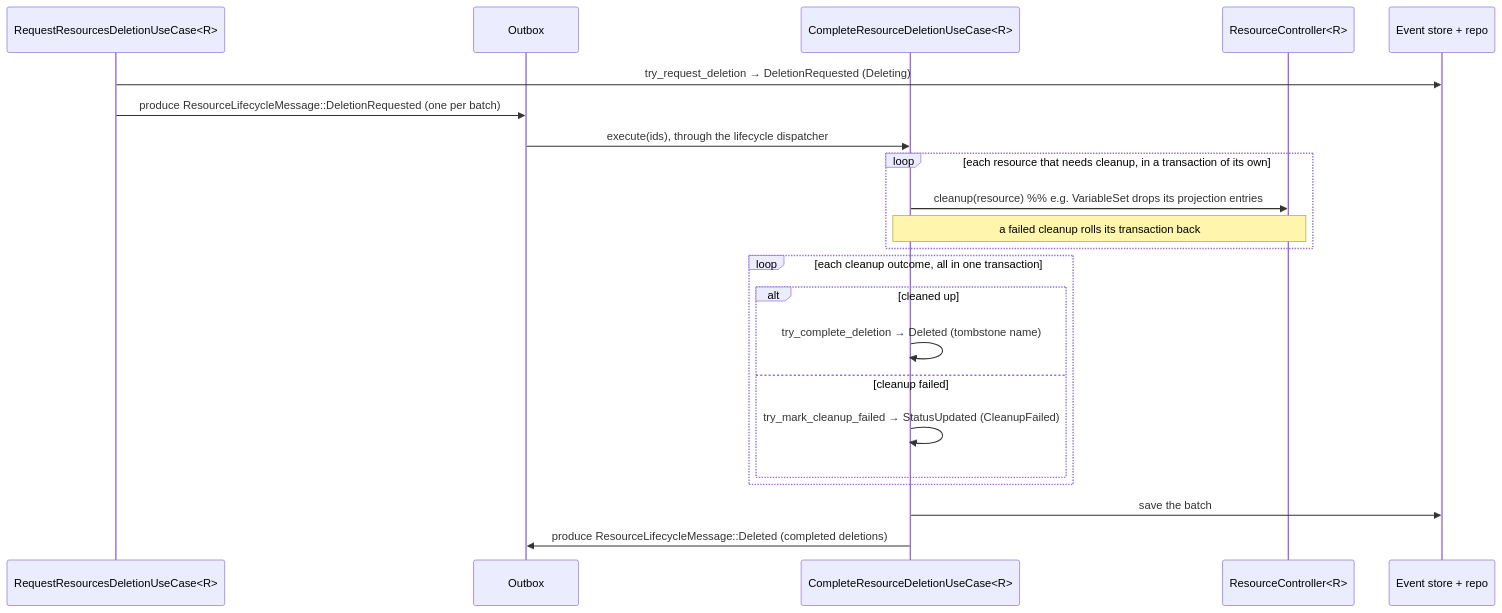
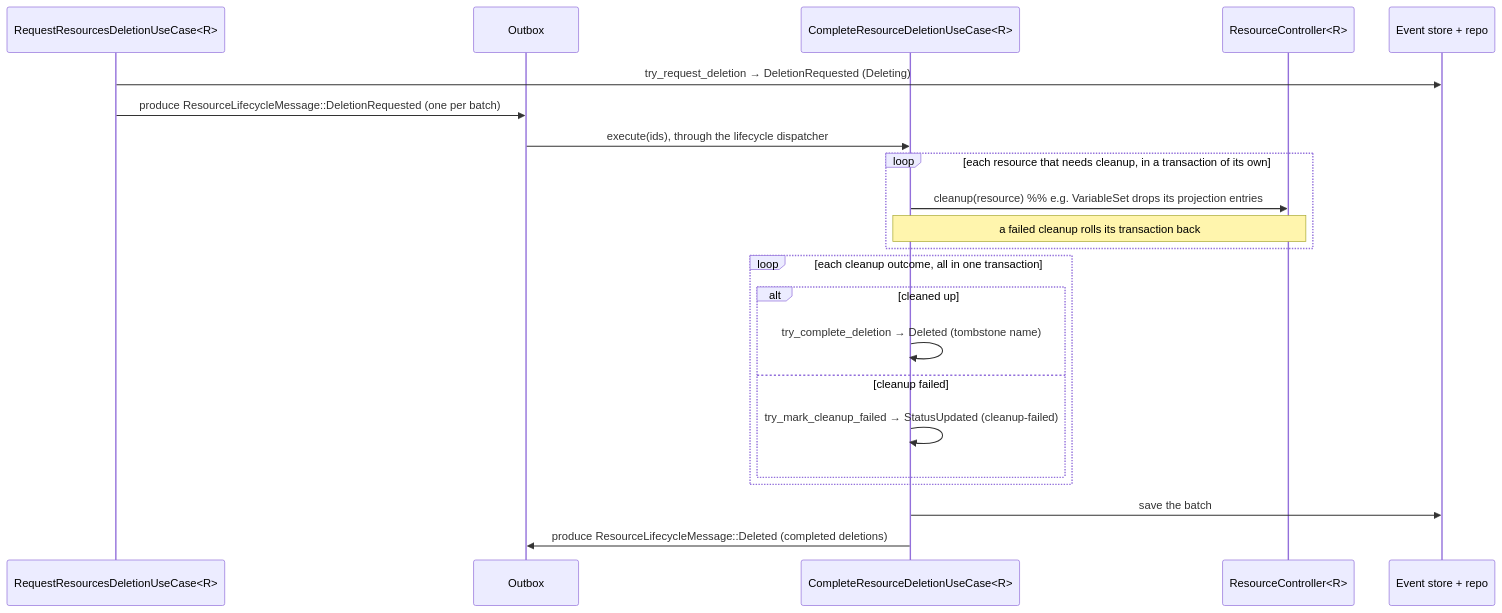
The fourth of 6 diagrams in docs/internal/resources-framework.md (kamu-data/kamu-cli), drawn with Mermaid before and after one commit. The commit also changed other lines of this file and 35 other files, not shown here.

````diff
--- a/docs/internal/resources-framework.md
+++ b/docs/internal/resources-framework.md
@@ -1352,25 +1352,25 @@
 ```mermaid
 sequenceDiagram
     participant RQ as RequestResourcesDeletionUseCase<R>
     participant OB as Outbox
     participant CD as CompleteResourceDeletionUseCase<R>
     participant Ctl as ResourceController<R>
     participant ST as Event store + repo
 
     RQ->>ST: try_request_deletion → DeletionRequested (Deleting)
     RQ->>OB: produce ResourceLifecycleMessage::DeletionRequested (one per batch)
     OB->>CD: execute(ids), through the lifecycle dispatcher
     loop each resource that needs cleanup, in a transaction of its own
         CD->>Ctl: cleanup(resource)  %% e.g. VariableSet drops its projection entries
         Note over CD,Ctl: a failed cleanup rolls its transaction back
     end
     loop each cleanup outcome, all in one transaction
         alt cleaned up
             CD->>CD: try_complete_deletion → Deleted (tombstone name)
         else cleanup failed
-            CD->>CD: try_mark_cleanup_failed → StatusUpdated (CleanupFailed)
+            CD->>CD: try_mark_cleanup_failed → StatusUpdated (cleanup-failed)
         end
     end
     CD->>ST: save the batch
     CD->>OB: produce ResourceLifecycleMessage::Deleted (completed deletions)
 ```
````
